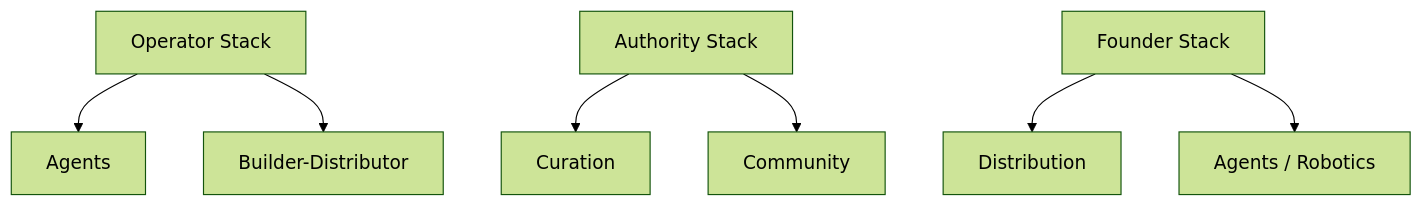
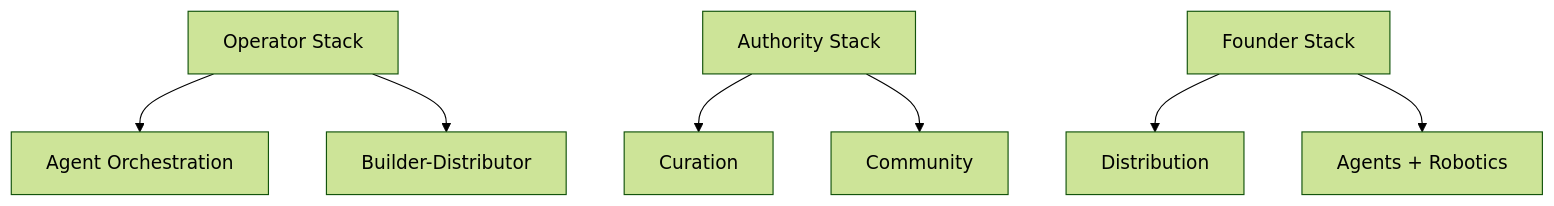
One commit to seanwhs/Plans changed the eighth of 8 diagrams in AI-Fueling-Solopreneurship.md. Above: the diagram before and after it, drawn with Mermaid (forest theme). The commit also changed other lines of this file, not shown here.

````diff
--- a/AI-Fueling-Solopreneurship.md
+++ b/AI-Fueling-Solopreneurship.md
@@ -650,14 +629,14 @@
 ```mermaid
 flowchart TD
     A[Operator Stack]
-    A --> B[Agents]
+    A --> B[Agent Orchestration]
     A --> C[Builder-Distributor]
 
     D[Authority Stack]
     D --> E[Curation]
     D --> F[Community]
 
     G[Founder Stack]
     G --> H[Distribution]
-    G --> I[Agents / Robotics]
+    G --> I[Agents + Robotics]
 ```
````
